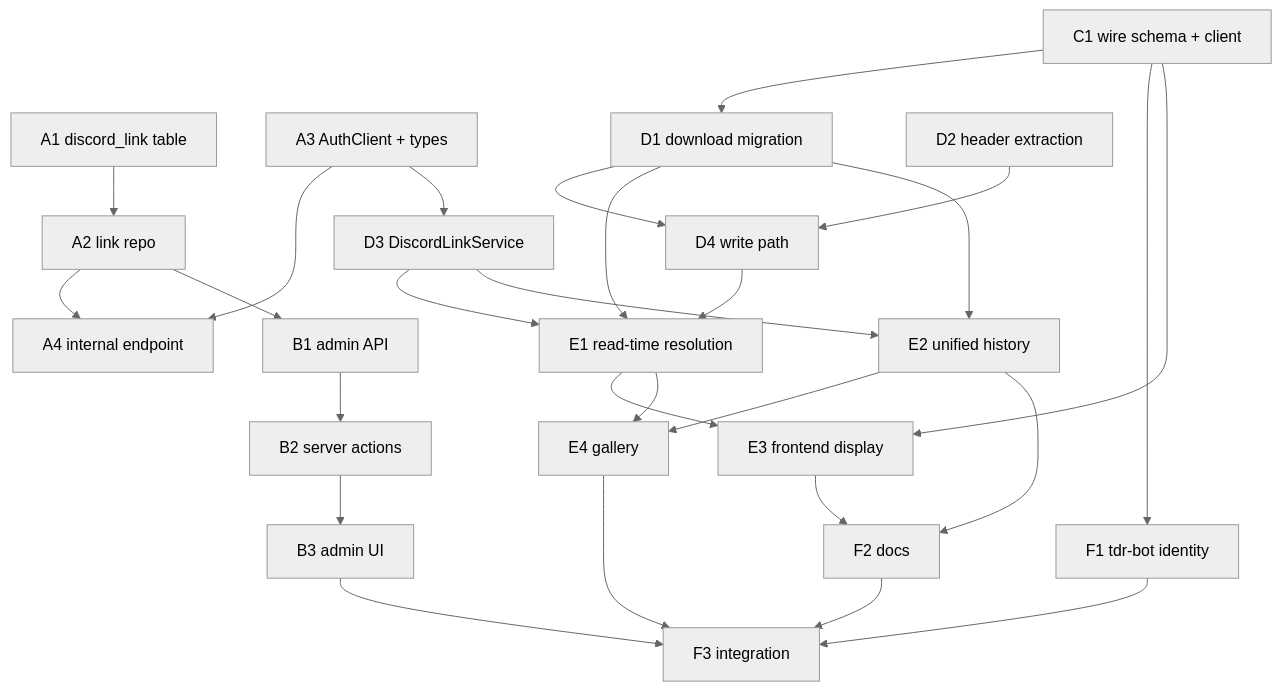
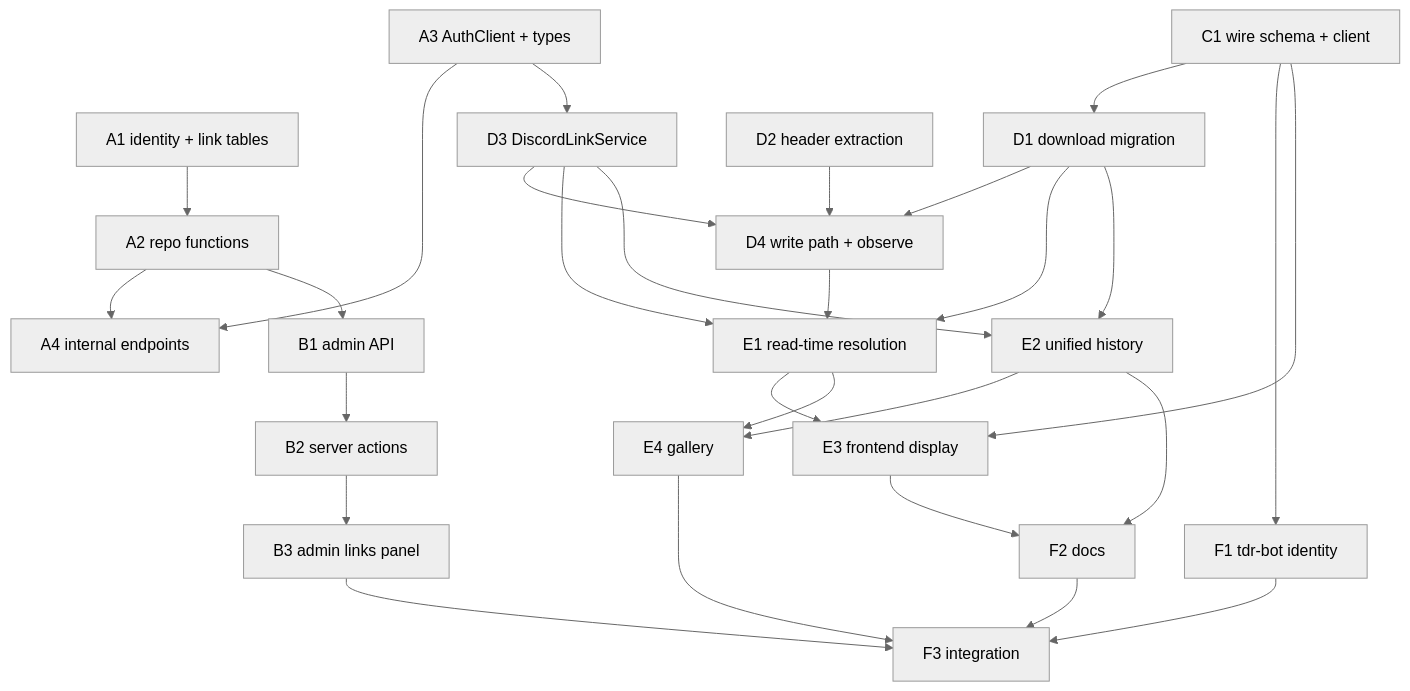
One commit to codemonkey800/lilnas changed the second of 2 diagrams in docs/features/download/plans/017-discord-attribution-and-account-linking.md. Above: the diagram before and after it, drawn with Mermaid (neutral theme). The commit also changed other lines of this file, not shown here.

First line of the commit message:
docs(download): make plan 017 link by picking from observed lists

````diff
--- a/docs/features/download/plans/017-discord-attribution-and-account-linking.md
+++ b/docs/features/download/plans/017-discord-attribution-and-account-linking.md
@@ -708,29 +960,30 @@
 ```mermaid
 graph TD
-  A1[A1 discord_link table] --> A2[A2 link repo]
-  A2 --> A4[A4 internal endpoint]
+  A1[A1 identity + link tables] --> A2[A2 repo functions]
+  A2 --> A4[A4 internal endpoints]
   A3[A3 AuthClient + types] --> A4
   A2 --> B1[B1 admin API]
   B1 --> B2[B2 server actions]
-  B2 --> B3[B3 admin UI]
+  B2 --> B3[B3 admin links panel]
   C1[C1 wire schema + client] --> D1[D1 download migration]
   C1 --> F1[F1 tdr-bot identity]
   A3 --> D3[D3 DiscordLinkService]
-  D2[D2 header extraction] --> D4[D4 write path]
+  D2[D2 header extraction] --> D4[D4 write path + observe]
   D1 --> D4
+  D3 --> D4
   D1 --> E1[E1 read-time resolution]
   D3 --> E1
+  D4 --> E1
   D3 --> E2[E2 unified history]
   D1 --> E2
   C1 --> E3[E3 frontend display]
   E1 --> E3
   E1 --> E4[E4 gallery]
   E2 --> E4
   E2 --> F2[F2 docs]
   E3 --> F2
-  D4 --> E1
   B3 --> F3[F3 integration]
   E4 --> F3
   F1 --> F3
   F2 --> F3
 ```
````
